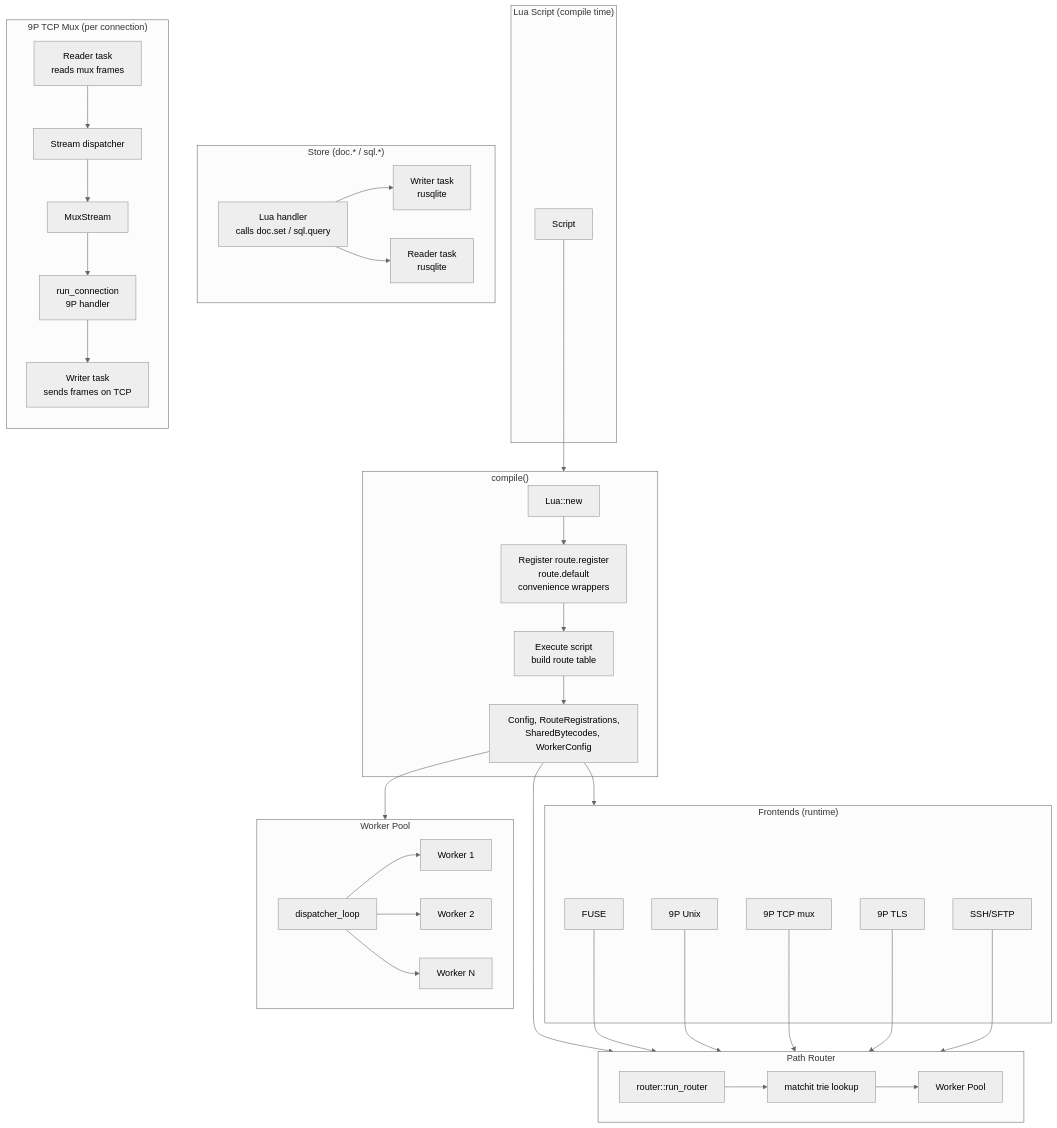
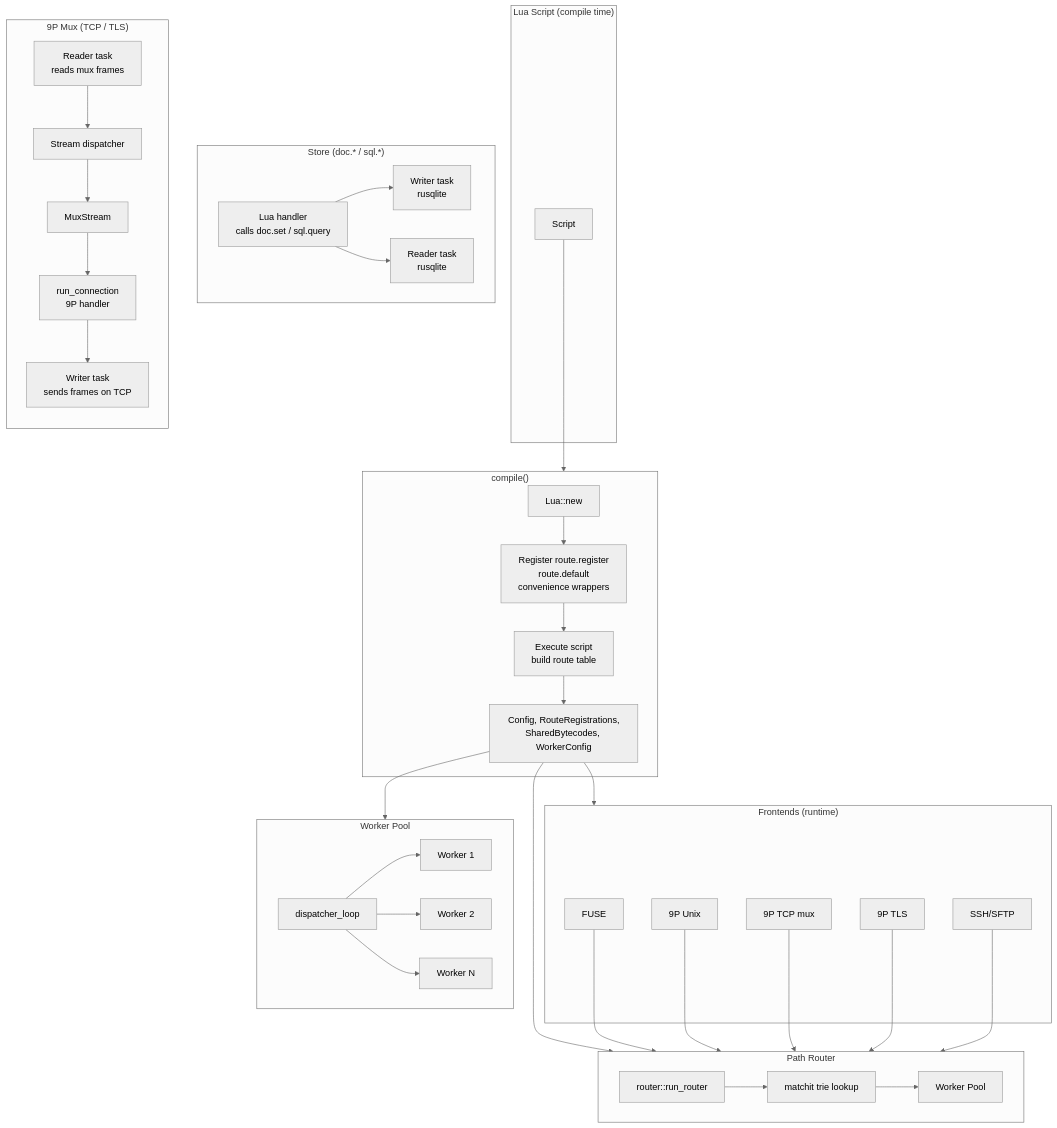
Before and after one commit to bubblegutz/pinhead: the first of 10 diagrams in docs/ARCHITECTURE.md, drawn with Mermaid (neutral theme). The commit also changed other lines of this file and 2 other files, not shown here.

Commit message:
add yls to muxed tcp, make 9p tcp always a muxed server

````diff
--- a/docs/ARCHITECTURE.md
+++ b/docs/ARCHITECTURE.md
@@ -1,55 +1,55 @@
 ```mermaid
 flowchart TB
     subgraph Lua["Lua Script (compile time)"]
         S[Script]
     end
 
     subgraph Compile["compile()"]
         C[Lua::new] --> CR[Register route.register\nroute.default\nconvenience wrappers]
         CR --> CS[Execute script\nbuild route table]
         CS --> CF[Config, RouteRegistrations,\nSharedBytecodes, WorkerConfig]
     end
 
     subgraph Frontend["Frontends (runtime)"]
         FUSE[FUSE]
         P9S[9P Unix]
         P9T[9P TCP mux]
         P9L[9P TLS]
         SSH[SSH/SFTP]
     end
 
     subgraph Router["Path Router"]
         RR[router::run_router] --> MATCH[matchit trie lookup]
         MATCH --> WH[Worker Pool]
     end
 
     subgraph Workers["Worker Pool"]
         DISPATCH[dispatcher_loop] --> W1[Worker 1]
         DISPATCH --> W2[Worker 2]
         DISPATCH --> WN[Worker N]
     end
 
     subgraph Store["Store (doc.* / sql.*)"]
         LUA_CALL[Lua handler\ncalls doc.set / sql.query] --> WT[Writer task\nrusqlite]
         LUA_CALL --> RT[Reader task\nrusqlite]
     end
 
-    subgraph Mux["9P TCP Mux (per connection)"]
+    subgraph Mux["9P Mux (TCP / TLS)"]
         direction TB
         READER[Reader task\nreads mux frames] --> STXDISPATCH[Stream dispatcher]
         STXDISPATCH --> MUXS[MuxStream]
         MUXS --> BUNDLE["run_connection\n9P handler"]
         BUNDLE --> WRITER[Writer task\nsends frames on TCP]
     end
 
     S --> Compile
     CF --> Workers
     CF --> Router
     CF --> Frontend
 
     FUSE --> Router
     P9S --> Router
     P9T --> Router
     P9L --> Router
     SSH --> Router
 ```
````
